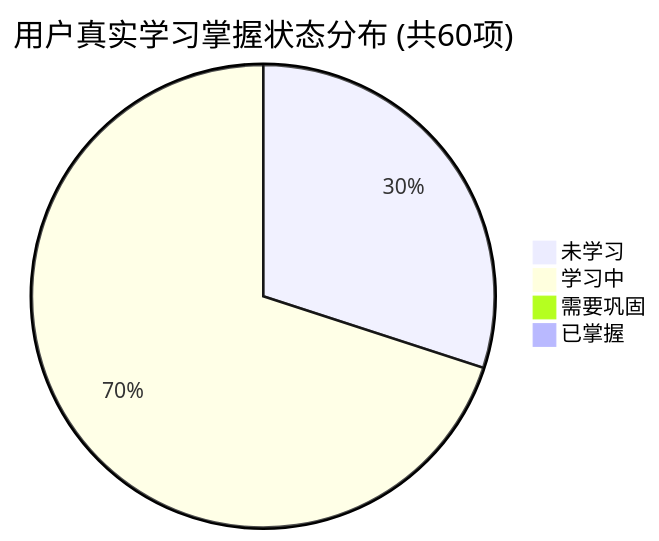
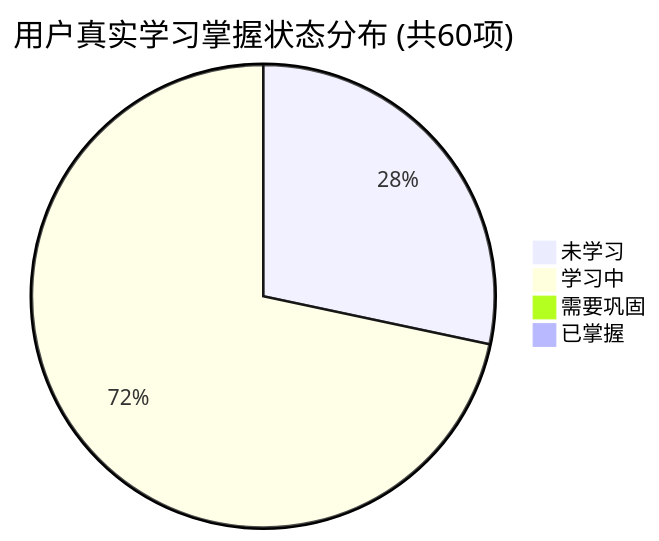
The first of 2 diagrams in PROGRESS.md (tieke1121/tech-interview-knowledge-base), drawn with Mermaid before and after one commit. The commit also changed other lines of this file and 1 other file, not shown here.

````diff
--- a/PROGRESS.md
+++ b/PROGRESS.md
@@ -27,7 +27,7 @@
 ```mermaid
 pie title 用户真实学习掌握状态分布 (共60项)
-    "未学习" : 18
-    "学习中" : 42
+    "未学习" : 17
+    "学习中" : 43
     "需要巩固" : 0
     "已掌握" : 0
 ```
````
